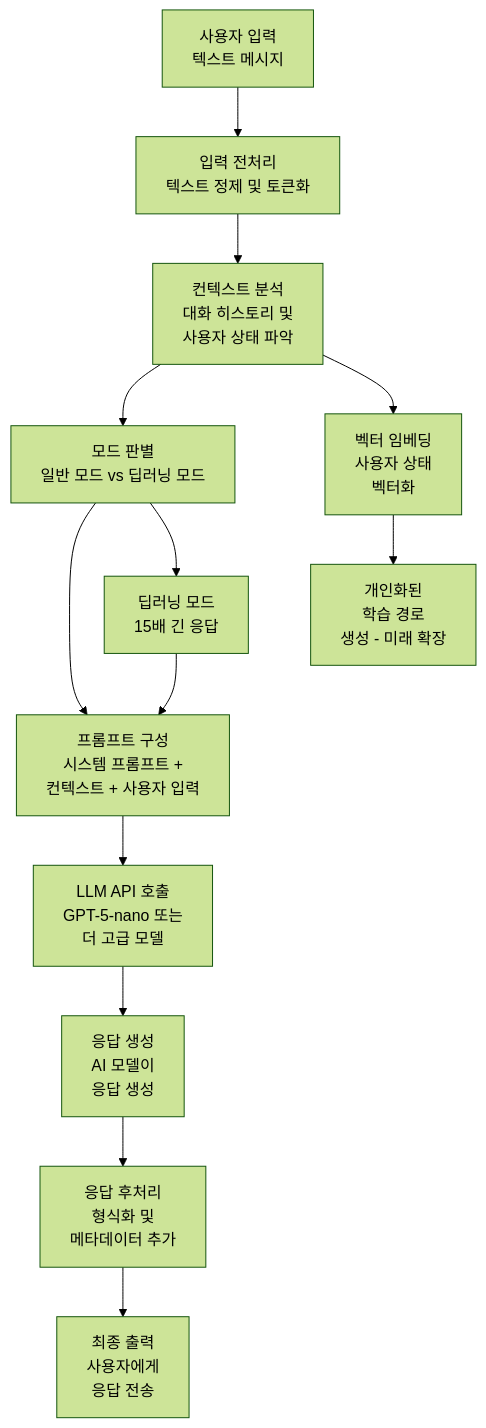
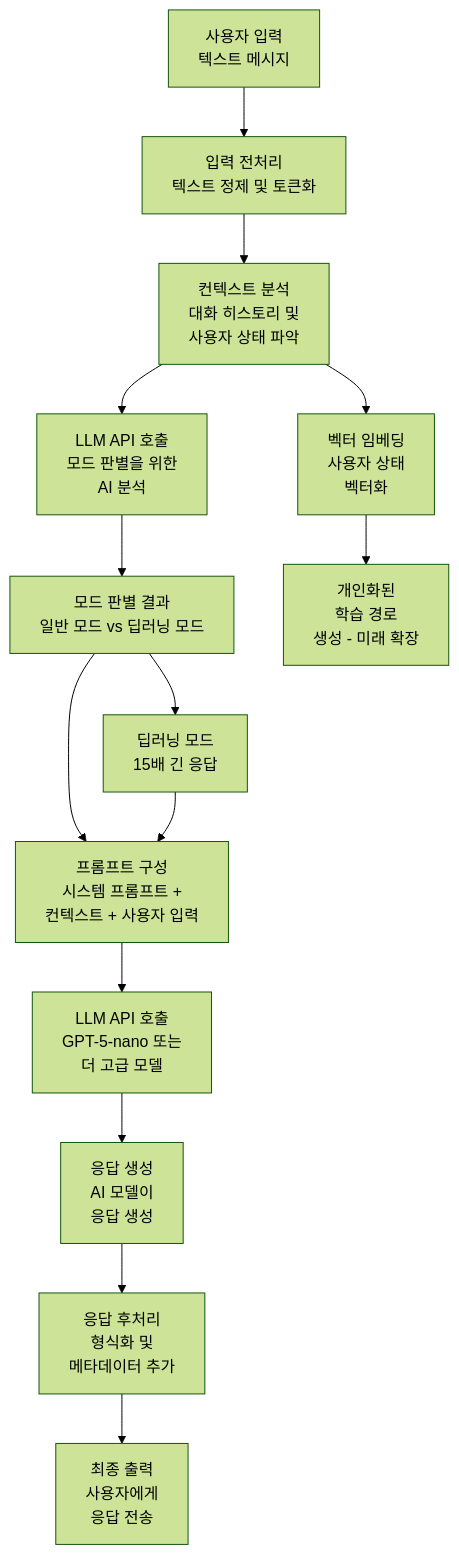
The first of 3 diagrams in README.md (2574895/DataAnalysis_PF), drawn with Mermaid (forest theme) before and after one commit.

Commit message:
docs: EduChat 응답 처리 플로우에서 모드 판별 방식 수정
- 모드 판별을 하드코딩에서 LLM API 호출로 변경
- '모드 판별' → 'LLM API 호출 + 모드 판별 결과'로 분리
- 딥러닝 모드 판별도 별도의 LLM API 호출 과정으로 표현
- 벡터 임베딩 노드 이름 충돌 수정 (K→M, L→N)
- AI 기반 동적 모드 판별의 정확한 처리 과정 반영
- 시스템의 지능적 의사결정 능력 명확한 시각화

````diff
--- a/README.md
+++ b/README.md
@@ -45,24 +45,26 @@
 ```mermaid
 graph TD
     A[사용자 입력<br/>텍스트 메시지] --> B[입력 전처리<br/>텍스트 정제 및 토큰화]
 
     B --> C[컨텍스트 분석<br/>대화 히스토리 및<br/>사용자 상태 파악]
 
-    C --> D[모드 판별<br/>일반 모드 vs 딥러닝 모드]
+    C --> D[LLM API 호출<br/>모드 판별을 위한<br/>AI 분석]
 
-    D --> E[프롬프트 구성<br/>시스템 프롬프트 +<br/>컨텍스트 + 사용자 입력]
+    D --> E[모드 판별 결과<br/>일반 모드 vs 딥러닝 모드]
 
-    E --> F[LLM API 호출<br/>GPT-5-nano 또는<br/>더 고급 모델]
+    E --> F[프롬프트 구성<br/>시스템 프롬프트 +<br/>컨텍스트 + 사용자 입력]
 
-    F --> G[응답 생성<br/>AI 모델이<br/>응답 생성]
+    F --> G[LLM API 호출<br/>GPT-5-nano 또는<br/>더 고급 모델]
 
-    G --> H[응답 후처리<br/>형식화 및<br/>메타데이터 추가]
+    G --> H[응답 생성<br/>AI 모델이<br/>응답 생성]
 
-    H --> I[최종 출력<br/>사용자에게<br/>응답 전송]
+    H --> I[응답 후처리<br/>형식화 및<br/>메타데이터 추가]
 
-    D --> J[딥러닝 모드<br/>15배 긴 응답]
-    J --> E
+    I --> J[최종 출력<br/>사용자에게<br/>응답 전송]
 
-    C --> K[벡터 임베딩<br/>사용자 상태<br/>벡터화]
-    K --> L[개인화된<br/>학습 경로<br/>생성 - 미래 확장]
+    E --> K[딥러닝 모드<br/>15배 긴 응답]
+    K --> F
+
+    C --> M[벡터 임베딩<br/>사용자 상태<br/>벡터화]
+    M --> N[개인화된<br/>학습 경로<br/>생성 - 미래 확장]
 ```
````
